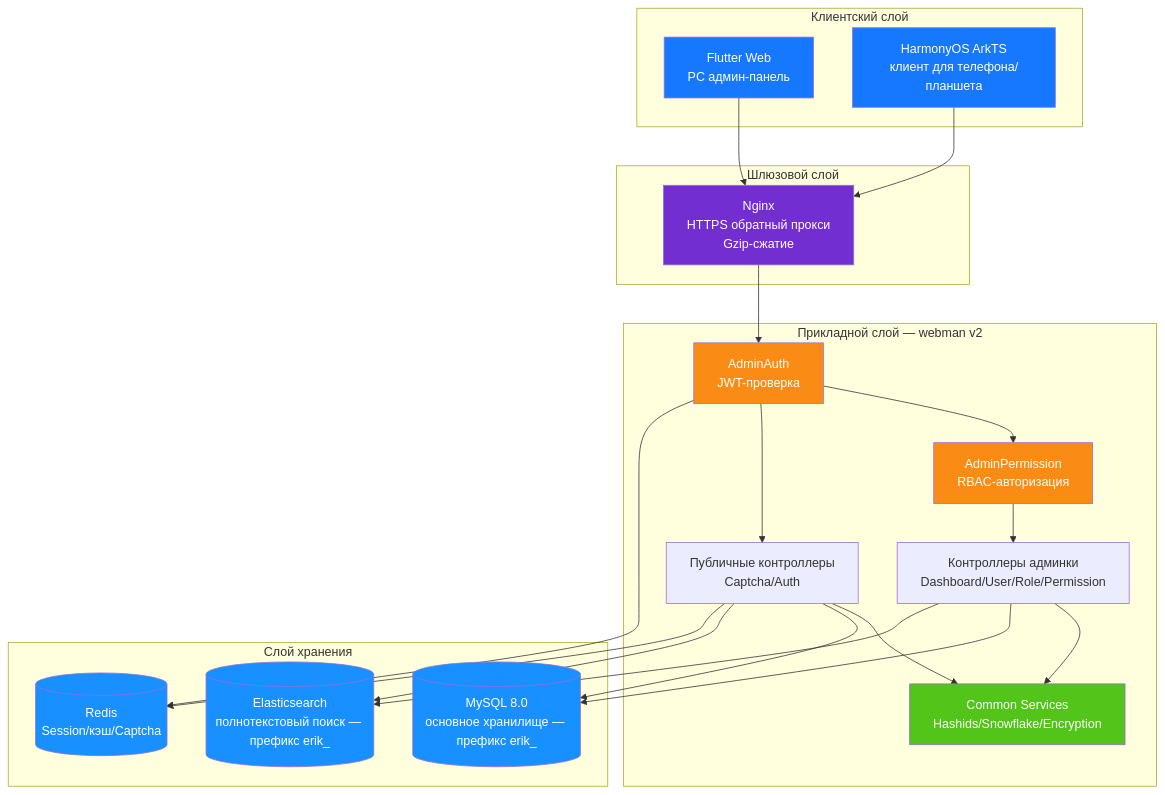
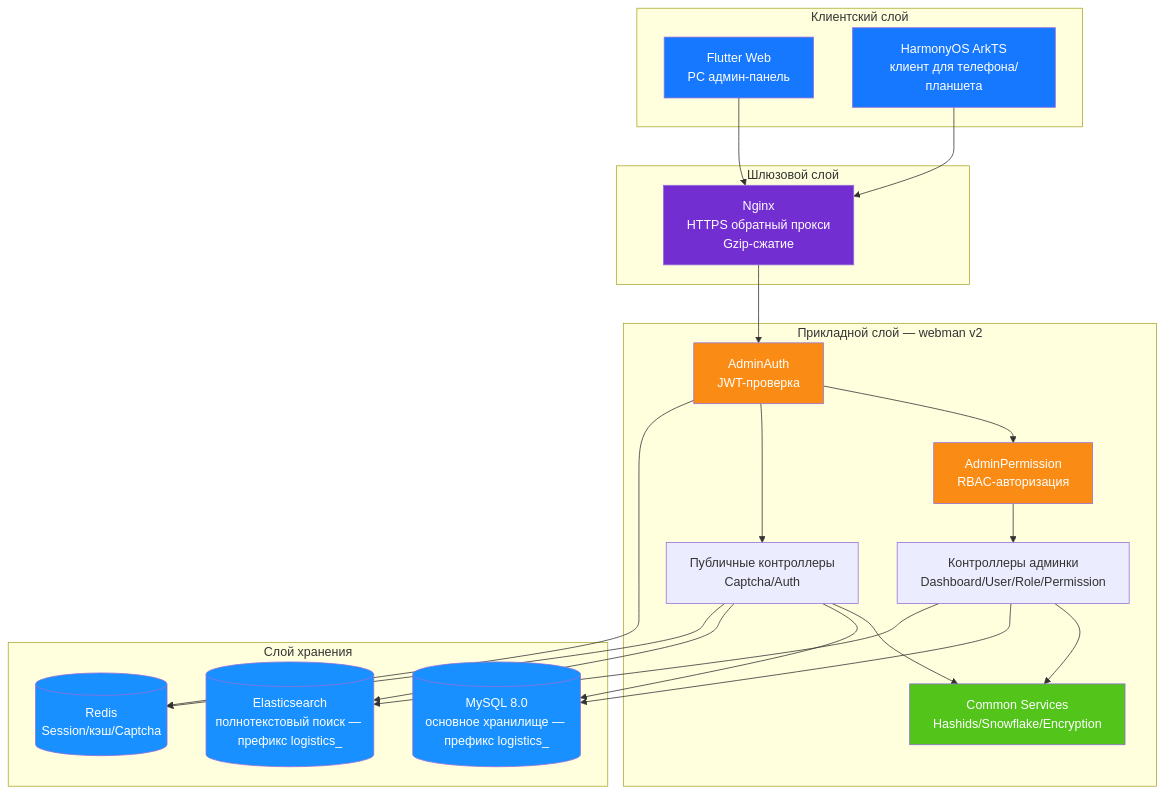
One commit to erikwang2013/integrated-global-logistics changed the diagram in admin/docs/diagrams/01-system-architecture.ru.md. Above: the diagram before and after it, drawn with Mermaid. The commit also changed 211 other files, not shown here.

````diff
--- a/admin/docs/diagrams/01-system-architecture.ru.md
+++ b/admin/docs/diagrams/01-system-architecture.ru.md
@@ -7,50 +7,50 @@
 ```mermaid
 flowchart TB
     subgraph clients["Клиентский слой"]
         flutter["Flutter Web<br/>PC админ-панель"]
         harmony["HarmonyOS ArkTS<br/>клиент для телефона/планшета"]
     end
 
     subgraph gateway["Шлюзовой слой"]
         nginx["Nginx<br/>HTTPS обратный прокси<br/>Gzip-сжатие"]
     end
 
     subgraph app["Прикладной слой — webman v2"]
         auth["AdminAuth<br/>JWT-проверка"]
         perm["AdminPermission<br/>RBAC-авторизация"]
         admin["Контроллеры админки<br/>Dashboard/User/Role/Permission"]
         public["Публичные контроллеры<br/>Captcha/Auth"]
         common["Common Services<br/>Hashids/Snowflake/Encryption"]
     end
 
     subgraph storage["Слой хранения"]
-        mysql[("MySQL 8.0<br/>основное хранилище — префикс erik_")]
-        es[("Elasticsearch<br/>полнотекстовый поиск — префикс erik_")]
+        mysql[("MySQL 8.0<br/>основное хранилище — префикс logistics_")]
+        es[("Elasticsearch<br/>полнотекстовый поиск — префикс logistics_")]
         redis[("Redis<br/>Session/кэш/Captcha")]
     end
 
     flutter --> nginx
     harmony --> nginx
     nginx --> auth
     auth --> perm
     perm --> admin
     auth --> public
     admin --> common
     public --> common
     admin --> mysql
     public --> mysql
     admin --> es
     public --> es
     auth --> redis
     public --> redis
 
     style flutter fill:#1677FF,color:#fff
     style harmony fill:#1677FF,color:#fff
     style nginx fill:#722ED1,color:#fff
     style auth fill:#FA8C16,color:#fff
     style perm fill:#FA8C16,color:#fff
     style common fill:#52C41A,color:#fff
     style mysql fill:#1890FF,color:#fff
     style es fill:#1890FF,color:#fff
     style redis fill:#1890FF,color:#fff
 ```
````
